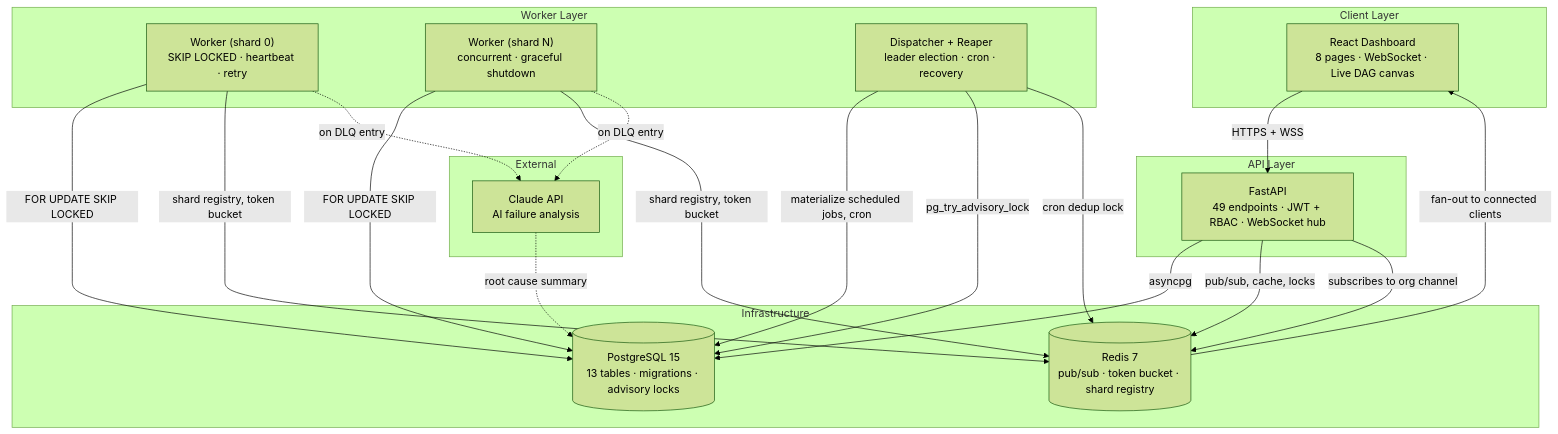
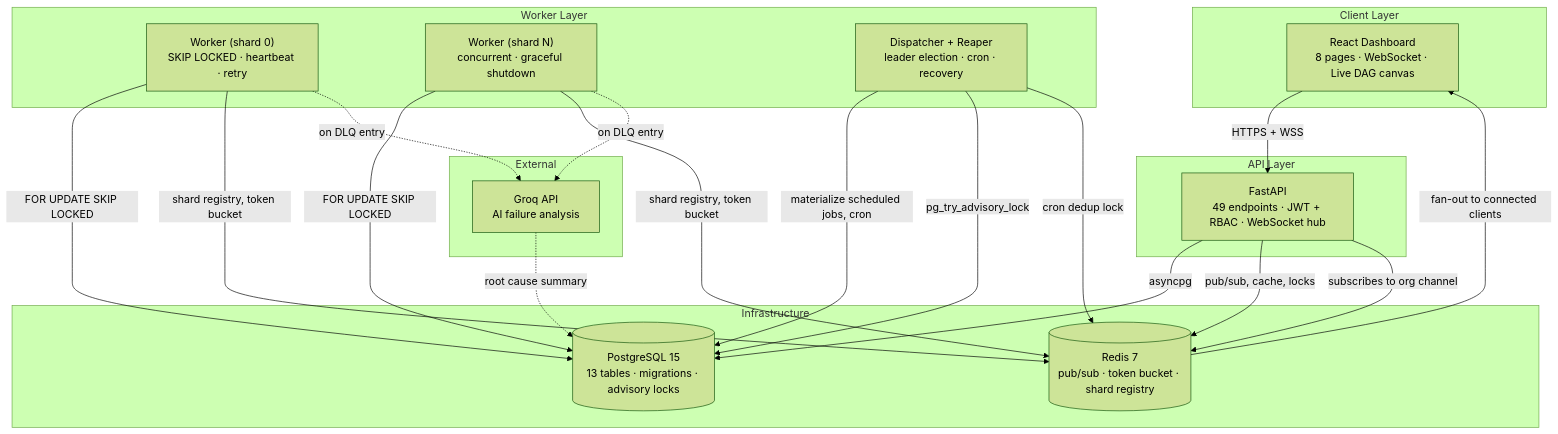
One commit to DharshanKumar1010/distributed-job-scheduler changed the diagram in docs/architecture.md. Above: the diagram before and after it, drawn with Mermaid (forest theme). The commit also changed other lines of this file and 9 other files, not shown here.

````diff
--- a/docs/architecture.md
+++ b/docs/architecture.md
@@ -10,43 +10,43 @@
 ```mermaid
 flowchart TB
     subgraph Client["Client Layer"]
         FE["React Dashboard\n8 pages · WebSocket · Live DAG canvas"]
     end
 
     subgraph API["API Layer"]
         BE["FastAPI\n49 endpoints · JWT + RBAC · WebSocket hub"]
     end
 
     subgraph Workers["Worker Layer"]
         W0["Worker (shard 0)\nSKIP LOCKED · heartbeat · retry"]
         WN["Worker (shard N)\nconcurrent · graceful shutdown"]
         DISP["Dispatcher + Reaper\nleader election · cron · recovery"]
     end
 
     subgraph Infra["Infrastructure"]
         PG[("PostgreSQL 15\n13 tables · migrations · advisory locks")]
         REDIS[("Redis 7\npub/sub · token bucket · shard registry")]
     end
 
     subgraph AI["External"]
-        CLAUDE["Claude API\nAI failure analysis"]
+        GROQ["Groq API\nAI failure analysis"]
     end
 
     FE -- "HTTPS + WSS" --> BE
     BE -- "asyncpg" --> PG
     BE -- "pub/sub, cache, locks" --> REDIS
     BE -- "subscribes to org channel" --> REDIS
     REDIS -- "fan-out to connected clients" --> FE
 
     W0 -- "FOR UPDATE SKIP LOCKED" --> PG
     WN -- "FOR UPDATE SKIP LOCKED" --> PG
     W0 -- "shard registry, token bucket" --> REDIS
     WN -- "shard registry, token bucket" --> REDIS
     DISP -- "materialize scheduled jobs, cron" --> PG
     DISP -- "pg_try_advisory_lock" --> PG
     DISP -- "cron dedup lock" --> REDIS
 
-    W0 -. "on DLQ entry" .-> CLAUDE
-    WN -. "on DLQ entry" .-> CLAUDE
-    CLAUDE -. "root cause summary" .-> PG
+    W0 -. "on DLQ entry" .-> GROQ
+    WN -. "on DLQ entry" .-> GROQ
+    GROQ -. "root cause summary" .-> PG
 ```
````
